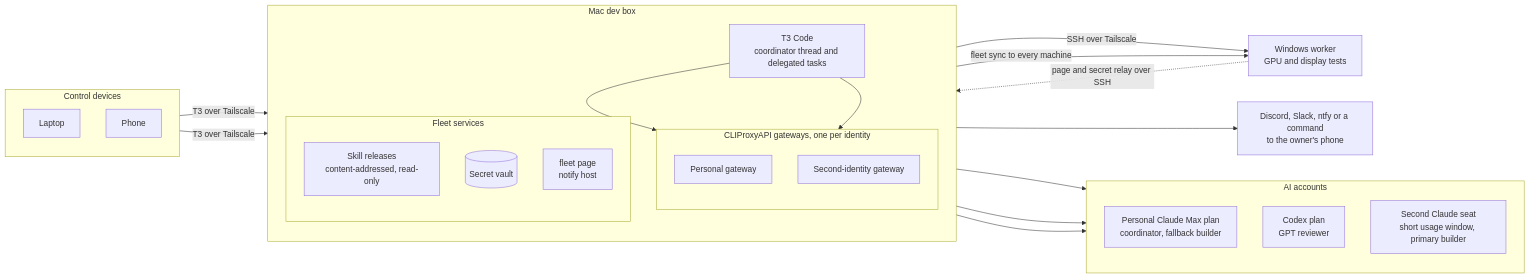
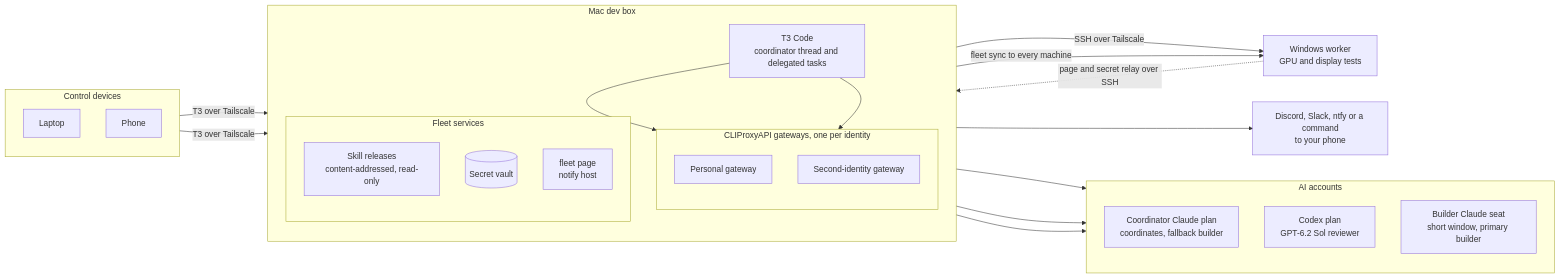
The diagram in README.md (whoisaldo/aldos-agentic-workflow), drawn with Mermaid before and after one commit. The commit also changed other lines of this file and 11 other files, not shown here.

````diff
--- a/README.md
+++ b/README.md
@@ -7,46 +132,46 @@
 ```mermaid
 flowchart LR
     subgraph control["Control devices"]
         direction TB
         laptop["Laptop"]
         phone["Phone"]
     end
 
     subgraph mac["Mac dev box"]
         direction TB
         t3["T3 Code<br/>coordinator thread and delegated tasks"]
         subgraph gateways["CLIProxyAPI gateways, one per identity"]
             direction TB
             gw1["Personal gateway"]
             gw2["Second-identity gateway"]
         end
         subgraph services["Fleet services"]
             direction TB
             release["Skill releases<br/>content-addressed, read-only"]
             vault[("Secret vault")]
             pager["fleet page<br/>notify host"]
         end
     end
 
     subgraph accounts["AI accounts"]
         direction TB
-        max["Personal Claude Max plan<br/>coordinator, fallback builder"]
-        codex["Codex plan<br/>GPT reviewer"]
-        seat["Second Claude seat<br/>short usage window, primary builder"]
+        max["Coordinator Claude plan<br/>coordinates, fallback builder"]
+        codex["Codex plan<br/>GPT-6.2 Sol reviewer"]
+        seat["Builder Claude seat<br/>short window, primary builder"]
     end
 
     win["Windows worker<br/>GPU and display tests"]
-    channels["Discord, Slack, ntfy or a command<br/>to the owner's phone"]
+    channels["Discord, Slack, ntfy or a command<br/>to your phone"]
 
     laptop -- "T3 over Tailscale" --> t3
     phone -- "T3 over Tailscale" --> t3
     t3 --> gw1
     t3 --> gw2
     gw1 --> max
     gw1 --> codex
     gw2 --> seat
     t3 -- "SSH over Tailscale" --> win
     release -- "fleet sync to every machine" --> win
     win -. "page and secret relay over SSH" .-> services
     pager --> channels
 ```
````
